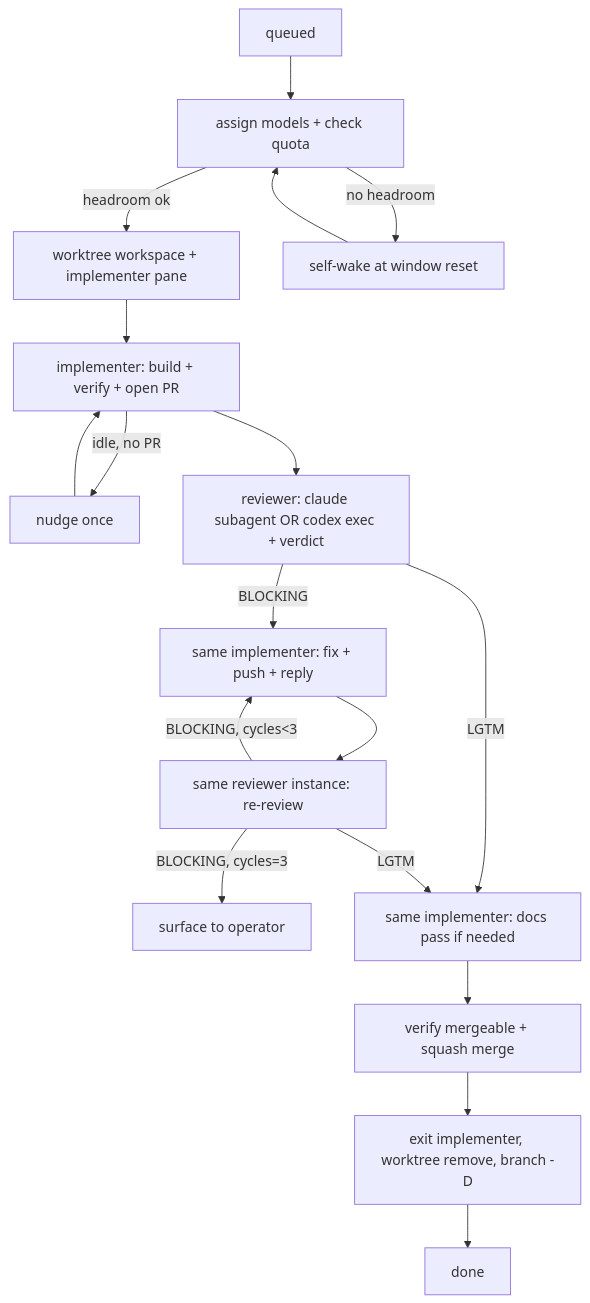
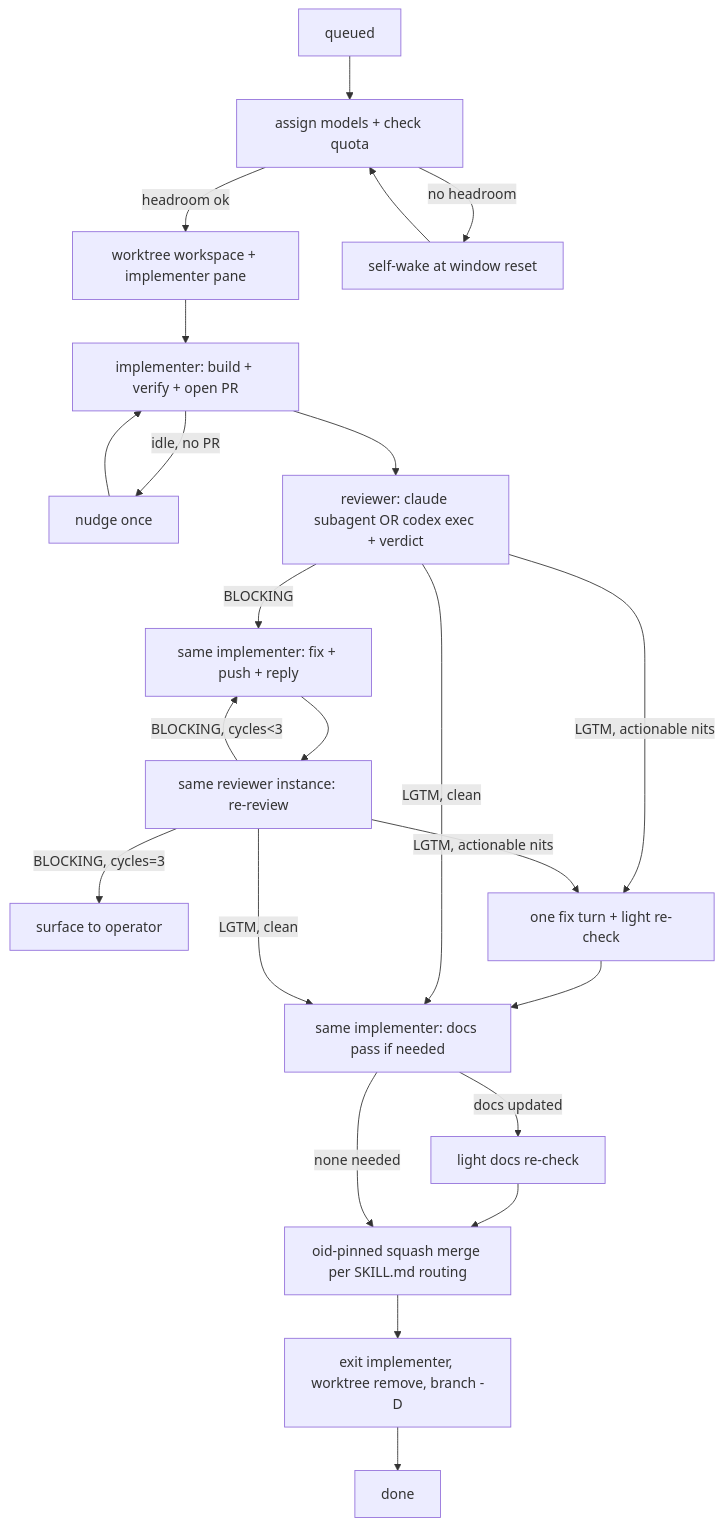
Before and after one commit to phntm7/skills: the diagram in skills/herdr-orchestration/references/lifecycle-and-quota.md, drawn with Mermaid. The commit also changed other lines of this file and 5 other files, not shown here.

First line of the commit message:
fix(herdr-orchestration): harden skill per adversarial codex review

````diff
--- a/skills/herdr-orchestration/references/lifecycle-and-quota.md
+++ b/skills/herdr-orchestration/references/lifecycle-and-quota.md
@@ -9,19 +9,23 @@
 ```mermaid
 graph TD
   Q[queued] --> A[assign models + check quota]
   A -->|headroom ok| S[worktree workspace + implementer pane]
   A -->|no headroom| W[self-wake at window reset]
   W --> A
   S --> IMPL[implementer: build + verify + open PR]
   IMPL -->|idle, no PR| NUDGE[nudge once] --> IMPL
   IMPL --> REV[reviewer: claude subagent OR codex exec + verdict]
   REV -->|BLOCKING| FIX[same implementer: fix + push + reply]
   FIX --> RER[same reviewer instance: re-review]
   RER -->|BLOCKING, cycles<3| FIX
   RER -->|BLOCKING, cycles=3| ESC[surface to operator]
-  REV -->|LGTM| DOCS[same implementer: docs pass if needed]
-  RER -->|LGTM| DOCS
-  DOCS --> MERGE[verify mergeable + squash merge]
+  REV -->|LGTM, actionable nits| NITS[one fix turn + light re-check]
+  RER -->|LGTM, actionable nits| NITS
+  NITS --> DOCS
+  REV -->|LGTM, clean| DOCS[same implementer: docs pass if needed]
+  RER -->|LGTM, clean| DOCS
+  DOCS -->|docs updated| DRC[light docs re-check] --> MERGE
+  DOCS -->|none needed| MERGE[oid-pinned squash merge per SKILL.md routing]
   MERGE --> TD[exit implementer, worktree remove, branch -D]
   TD --> DONE[done]
 ```
````
